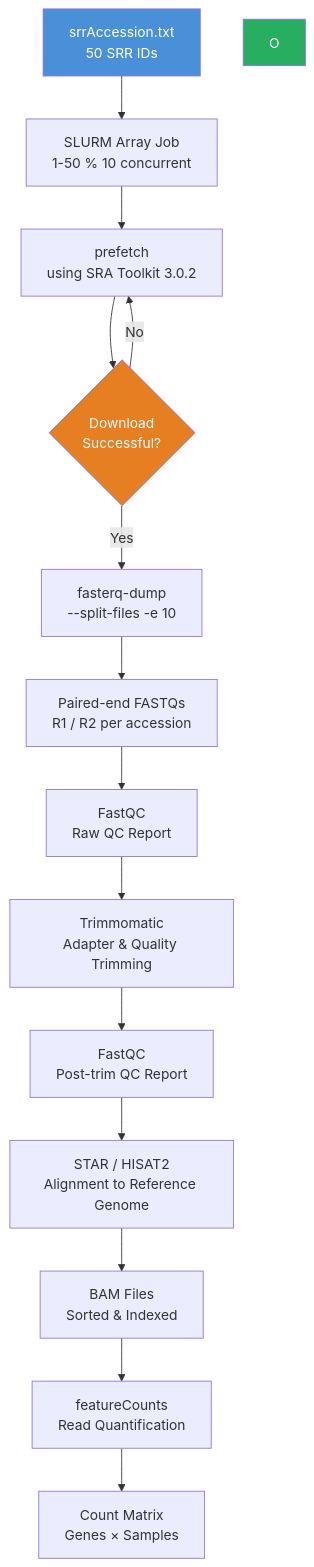
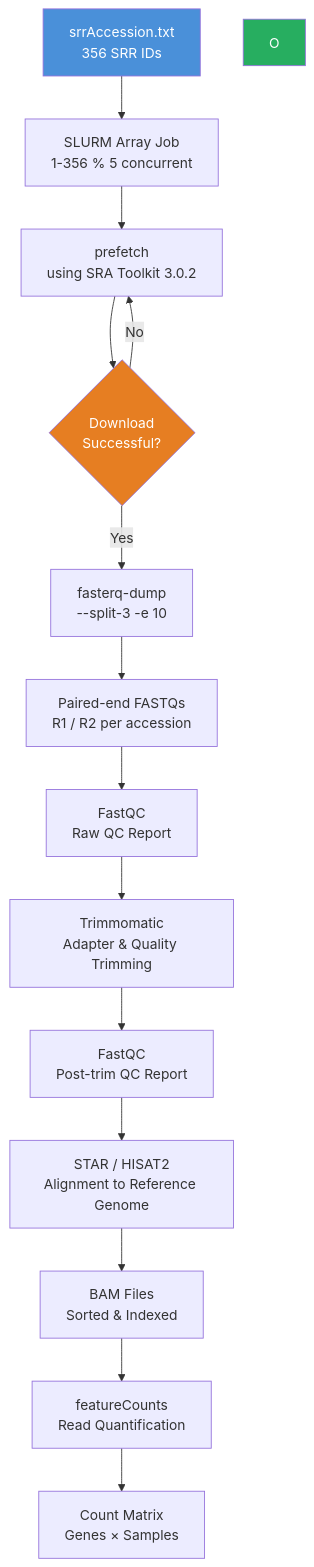
Before and after one commit to cleancoder1016/ebola_class_project: the diagram in README.md, drawn with Mermaid. The commit also changed 2 other files, not shown here.

Commit message:
updated scripts for processing specific sra files which belong to same experiment

````diff
--- a/README.md
+++ b/README.md
@@ -9,19 +9,19 @@
 ```mermaid
 flowchart TD
-    A[srrAccession.txt\n50 SRR IDs] --> B[SLURM Array Job\n1-50 % 10 concurrent]
+    A[srrAccession.txt\n356 SRR IDs] --> B[SLURM Array Job\n1-356 % 5 concurrent]
     B --> C[prefetch\nusing SRA Toolkit 3.0.2]
     C --> D{Download\nSuccessful?}
     D -- No --> C
-    D -- Yes --> E[fasterq-dump\n--split-files -e 10]
+    D -- Yes --> E[fasterq-dump\n--split-3 -e 10]
     E --> F[Paired-end FASTQs\nR1 / R2 per accession]
     F --> G[FastQC\nRaw QC Report]
     G --> H[Trimmomatic\nAdapter & Quality Trimming]
     H --> I[FastQC\nPost-trim QC Report]
     I --> J[STAR / HISAT2\nAlignment to Reference Genome]
     J --> K[BAM Files\nSorted & Indexed]
     K --> L[featureCounts\nRead Quantification]
     L --> M[Count Matrix\nGenes × Samples]
     style A fill:#4a90d9,color:#fff
     style O fill:#27ae60,color:#fff
     style D fill:#e67e22,color:#fff
 ```
````
